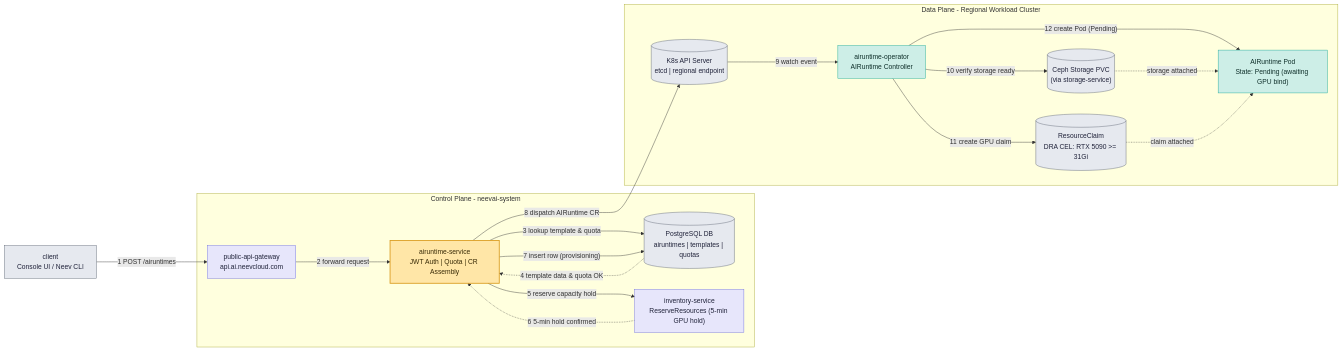
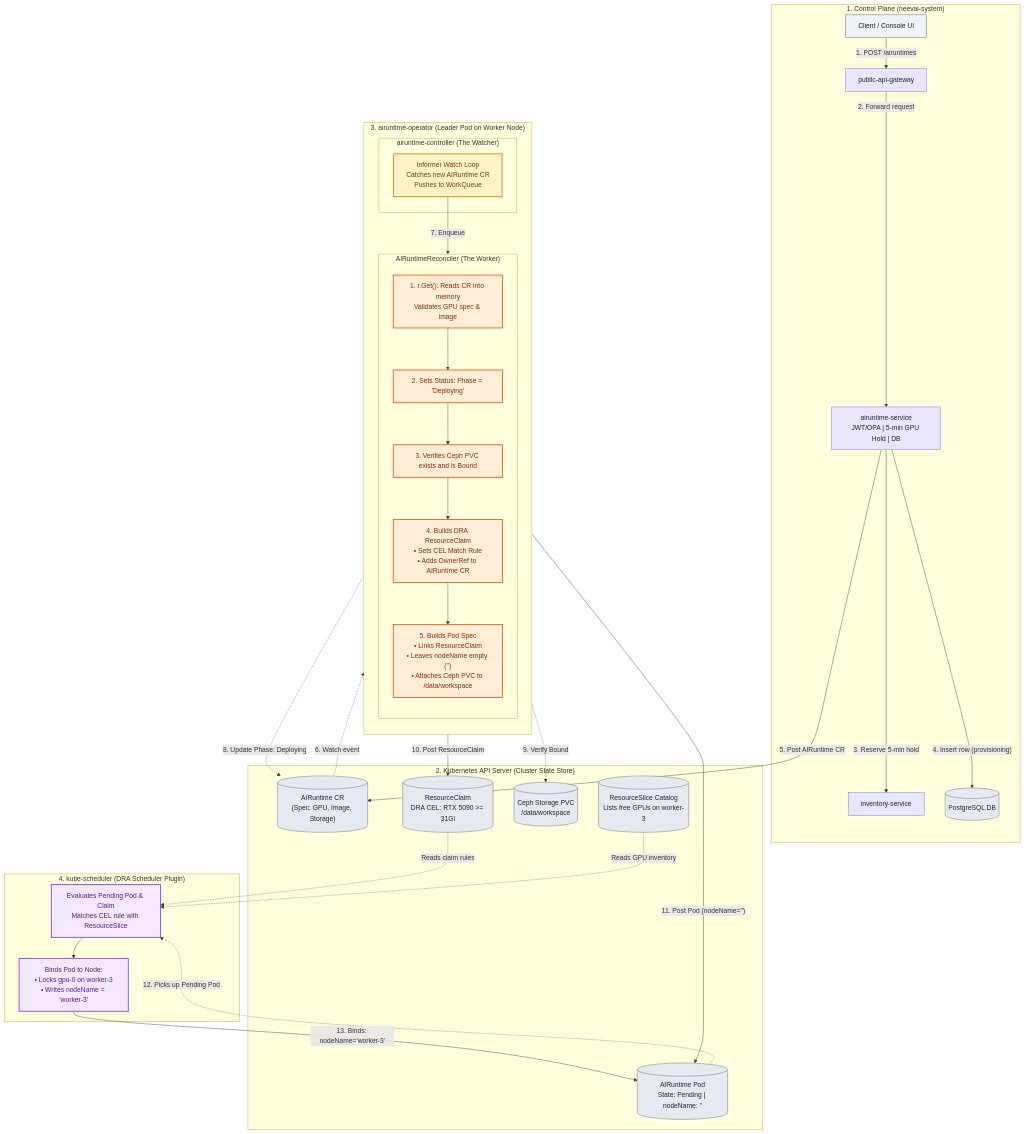
One commit to chandini1727/documentation- changed the first of 2 diagrams in README.md. Above: the diagram before and after it, drawn with Mermaid. The commit also changed other lines of this file, not shown here.

Commit message:
Revise flowchart in README for AIRuntime process
Updated flowchart to include details about the AIRuntime controller, reconciler, and interactions with the Kubernetes API server.

````diff
--- a/README.md
+++ b/README.md
@@ -125,39 +127,78 @@
 ```mermaid
-flowchart LR
-    cl["client<br/>Console UI / Neev CLI"]:::store
-
-    subgraph CP [Control Plane - neevai-system]
-        gw["public-api-gateway<br/>api.ai.neevcloud.com"]:::cp
-        asvc["airuntime-service<br/>JWT Auth | Quota | CR Assembly"]:::star
-        db[("PostgreSQL DB<br/>airuntimes | templates | quotas")]:::store
-        inv["inventory-service<br/>ReserveResources (5-min GPU hold)"]:::cp
+flowchart TD
+    %% 1. CLIENT & CONTROL PLANE
+    subgraph CP ["1. Control Plane (neevai-system)"]
+        cl["Client / Console UI"]:::client
+        gw["public-api-gateway"]:::cp
+        asvc["airuntime-service<br/>JWT/OPA | 5-min GPU Hold | DB"]:::cp
+        inv["inventory-service"]:::cp
+        db[("PostgreSQL DB")]:::store
     end
 
-    subgraph DP [Data Plane - Regional Workload Cluster]
-        k8s[("K8s API Server<br/>etcd | regional endpoint")]:::store
-        aop["airuntime-operator<br/>AIRuntime Controller"]:::dp
-        pvc[("Ceph Storage PVC<br/>(via storage-service)")]:::store
-        rc[("ResourceClaim<br/>DRA CEL: RTX 5090 >= 31Gi")]:::store
-        pod["AIRuntime Pod<br/>State: Pending (awaiting GPU bind)"]:::dp
+    %% 2. KUBERNETES API SERVER
+    subgraph K8S ["2. Kubernetes API Server (Cluster State Store)"]
+        cr_airuntime[("AIRuntime CR<br/>(Spec: GPU, Image, Storage)")]:::k8s
+        cr_claim[("ResourceClaim<br/>DRA CEL: RTX 5090 >= 31Gi")]:::k8s
+        cr_pod[("AIRuntime Pod<br/>State: Pending | nodeName: ''")]:::k8s
+        pvc[("Ceph Storage PVC<br/>/data/workspace")]:::store
+        rs[("ResourceSlice Catalog<br/>Lists free GPUs on worker-3")]:::store
     end
 
-    cl --->|"1 POST /airuntimes"| gw
-    gw --->|"2 forward request"| asvc
-    asvc --->|"3 lookup template & quota"| db
-    db -..->|"4 template data & quota OK"| asvc
-    asvc --->|"5 reserve capacity hold"| inv
-    inv -..->|"6 5-min hold confirmed"| asvc
-    asvc --->|"7 insert row (provisioning)"| db
-    asvc --->|"8 dispatch AIRuntime CR"| k8s
-    k8s --->|"9 watch event"| aop
-    aop --->|"10 verify storage ready"| pvc
-    aop --->|"11 create GPU claim"| rc
-    aop --->|"12 create Pod (Pending)"| pod
-    pvc -..->|"storage attached"| pod
-    rc -..->|"claim attached"| pod
+    %% 3. AIRUNTIME-OPERATOR INTERNALS
+    subgraph AOP ["3. airuntime-operator (Leader Pod on Worker Node)"]
+        direction TB
+        subgraph CTRL ["airuntime-controller (The Watcher)"]
+            watcher["Informer Watch Loop<br/>Catches new AIRuntime CR<br/>Pushes to WorkQueue"]:::ctrl
+        end
 
+        subgraph REC ["AIRuntimeReconciler (The Worker)"]
+            direction TB
+            r_get["1. r.Get(): Reads CR into memory<br/>Validates GPU spec & image"]:::rec
+            r_status["2. Sets Status: Phase = 'Deploying'"]:::rec
+            r_pvc["3. Verifies Ceph PVC exists and is Bound"]:::rec
+            r_claim["4. Builds DRA ResourceClaim<br/>• Sets CEL Match Rule<br/>• Adds OwnerRef to AIRuntime CR"]:::rec
+            r_pod["5. Builds Pod Spec<br/>• Links ResourceClaim<br/>• Leaves nodeName empty ('')<br/>• Attaches Ceph PVC to /data/workspace"]:::rec
+        end
+    end
+
+    %% 4. KUBE-SCHEDULER
+    subgraph SCHED ["4. kube-scheduler (DRA Scheduler Plugin)"]
+        sched_eval["Evaluates Pending Pod & Claim<br/>Matches CEL rule with ResourceSlice"]:::sched
+        sched_bind["Binds Pod to Node:<br/>• Locks gpu-0 on worker-3<br/>• Writes nodeName = 'worker-3'"]:::sched
+    end
+
+    %% CLIENT TO K8S API SERVER
+    cl -->|"1. POST /airuntimes"| gw
+    gw -->|"2. Forward request"| asvc
+    asvc -->|"3. Reserve 5-min hold"| inv
+    asvc -->|"4. Insert row (provisioning)"| db
+    asvc -->|"5. Post AIRuntime CR"| cr_airuntime
+
+    %% OPERATOR WATCH & RECONCILE
+    cr_airuntime -.->|"6. Watch event"| watcher
+    watcher -->|"7. Enqueue"| r_get
+    r_get --> r_status
+    r_status -.->|"8. Update Phase: Deploying"| cr_airuntime
+    r_status --> r_pvc
+    r_pvc -.->|"9. Verify Bound"| pvc
+    r_pvc --> r_claim
+    r_claim -->|"10. Post ResourceClaim"| cr_claim
+    r_claim --> r_pod
+    r_pod -->|"11. Post Pod (nodeName='')"| cr_pod
+
+    %% SCHEDULER TAKES OVER
+    cr_pod -.->|"12. Picks up Pending Pod"| sched_eval
+    cr_claim -.->|"Reads claim rules"| sched_eval
+    rs -.->|"Reads GPU inventory"| sched_eval
+    sched_eval --> sched_bind
+    sched_bind -->|"13. Binds: nodeName='worker-3'"| cr_pod
+
+    %% STYLING
+    classDef client fill:#f0f4f8,stroke:#4a5568,color:#1a202c
     classDef cp fill:#e7e6fb,stroke:#6b6be0,color:#20233a
-    classDef dp fill:#cdeee7,stroke:#12a594,color:#10302b
-    classDef star fill:#ffe6a7,stroke:#d99a1c,stroke-width:2px,color:#3a2c07
+    classDef k8s fill:#e6e9ef,stroke:#5b6472,color:#20233a
     classDef store fill:#e6e9ef,stroke:#5b6472,color:#20233a
+    classDef ctrl fill:#fef3c7,stroke:#d97706,stroke-width:2px,color:#78350f
+    classDef rec fill:#ffedd5,stroke:#ea580c,stroke-width:2px,color:#7c2d12
+    classDef sched fill:#f3e8ff,stroke:#9333ea,stroke-width:2px,color:#581c87
 ```
````
